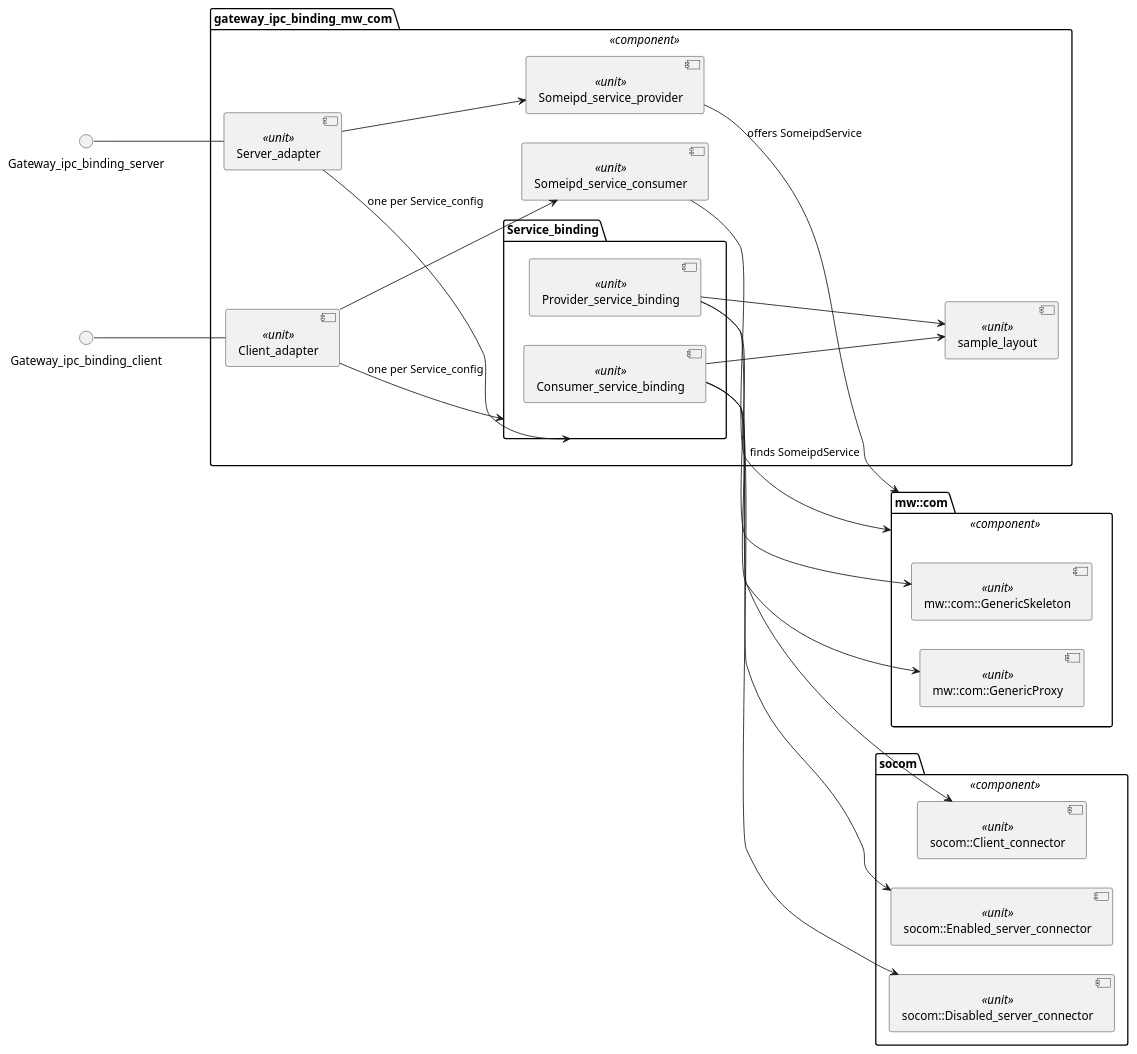
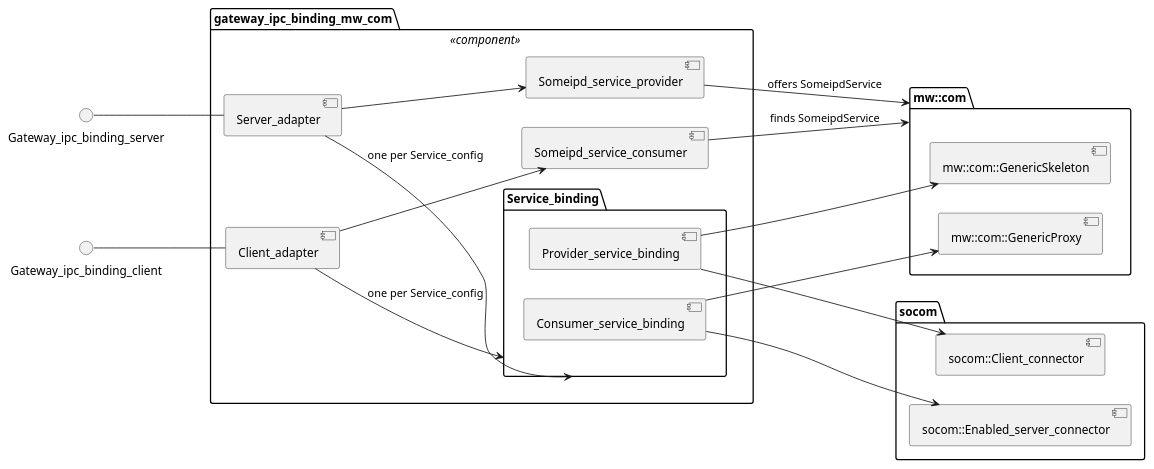
Before and after one commit to eclipse-score/inc_someip_gateway: the diagram in score/gateway_ipc_binding/docs/models/component_diagram_gateway_ipc_binding_mw_com.puml, drawn with PlantUML. The commit also changed 4 other files, not shown here.

Commit message:
docs(gateway_ipc_binding): restore baseline threading section and PlantUML models

```diff
--- a/score/gateway_ipc_binding/docs/models/component_diagram_gateway_ipc_binding_mw_com.puml
+++ b/score/gateway_ipc_binding/docs/models/component_diagram_gateway_ipc_binding_mw_com.puml
@@ -13,45 +13,40 @@
 @startuml component_diagram_gateway_ipc_binding_mw_com
 left to right direction
 
 interface "Gateway_ipc_binding_server" as server_api
 interface "Gateway_ipc_binding_client" as client_api
 
 package "gateway_ipc_binding_mw_com" as binding <<component>> {
-  component "Server_adapter" as Server_adapter <<unit>>
-  component "Client_adapter" as Client_adapter <<unit>>
-  component "Someipd_service_provider" as Someipd_service_provider <<unit>>
+  component "Server_adapter" as server
+  component "Client_adapter" as client
+  component "Someipd_service_provider" as sdsvc_provider
   package "Service_binding" as service_binding {
-    component "Provider_service_binding" as Provider_service_binding <<unit>>
-    component "Consumer_service_binding" as Consumer_service_binding <<unit>>
+    component "Provider_service_binding" as provider
+    component "Consumer_service_binding" as consumer
   }
-  component "Someipd_service_consumer" as Someipd_service_consumer <<unit>>
-  component "sample_layout" as sample_layout <<unit>>
+  component "Someipd_service_consumer" as sdsvc_consumer
 }
 
-package "mw::com" as mwcom <<component>> {
-  component "mw::com::GenericSkeleton" as skeleton <<unit>>
-  component "mw::com::GenericProxy" as proxy <<unit>>
+package "mw::com" as mwcom {
+  component "mw::com::GenericSkeleton" as skeleton
+  component "mw::com::GenericProxy" as proxy
 }
 
-package "socom" as socom <<component>> {
-  component "socom::Client_connector" as client_connector <<unit>>
-  component "socom::Disabled_server_connector" as disabled_server_connector <<unit>>
-  component "socom::Enabled_server_connector" as enabled_server_connector <<unit>>
+package "socom" as socom {
+  component "socom::Client_connector" as client_connector
+  component "socom::Enabled_server_connector" as server_connector
 }
 
-server_api -- Server_adapter
-client_api -- Client_adapter
-Server_adapter --> Someipd_service_provider
-Server_adapter --> service_binding : one per Service_config
-Client_adapter --> service_binding : one per Service_config
-Client_adapter --> Someipd_service_consumer
-Someipd_service_provider --> mwcom : offers SomeipdService
-Provider_service_binding --> skeleton
-Provider_service_binding --> sample_layout
-Consumer_service_binding --> proxy
-Consumer_service_binding --> sample_layout
-Someipd_service_consumer --> mwcom : finds SomeipdService
-Provider_service_binding --> client_connector
-Consumer_service_binding --> disabled_server_connector
-Consumer_service_binding --> enabled_server_connector
+server_api -- server
+client_api -- client
+server --> sdsvc_provider
+server --> service_binding : one per Service_config
+client --> service_binding : one per Service_config
+client --> sdsvc_consumer
+sdsvc_provider --> mwcom : offers SomeipdService
+provider --> skeleton
+consumer --> proxy
+sdsvc_consumer --> mwcom : finds SomeipdService
+provider --> client_connector
+consumer --> server_connector
 @enduml
```
